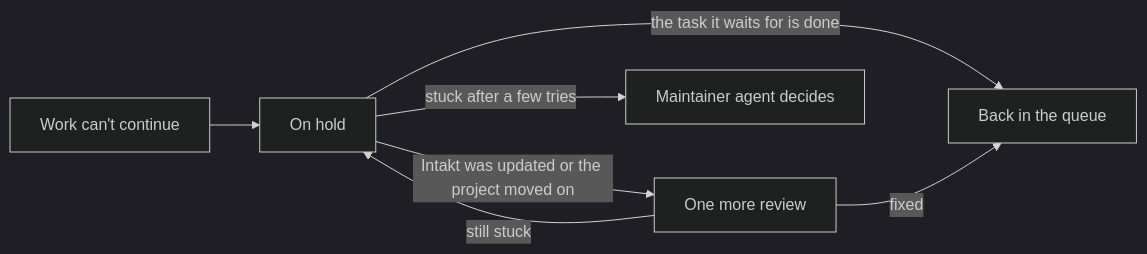
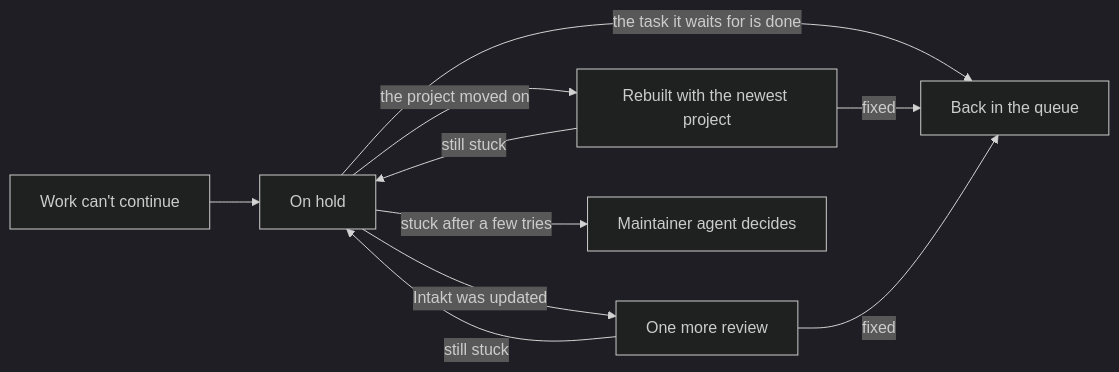
One commit to shinyredapples/intakt changed the fifth of 6 diagrams in docs/guide/how-intakt-works.md. Above: the diagram before and after it, drawn with Mermaid (dark theme). The commit also changed other lines of this file and 6 other files, not shown here.

````diff
--- a/docs/guide/how-intakt-works.md
+++ b/docs/guide/how-intakt-works.md
@@ -112,9 +112,12 @@
 ```mermaid
 flowchart LR
   w[Work can't continue] --> h[On hold]
   h -- "the task it waits for is done" --> go[Back in the queue]
-  h -- "Intakt was updated or the project moved on" --> retry[One more review]
+  h -- "the project moved on" --> rebuild[Rebuilt with the newest project]
+  h -- "Intakt was updated" --> retry[One more review]
+  rebuild -- fixed --> go
   retry -- fixed --> go
+  rebuild -- still stuck --> h
   retry -- still stuck --> h
   h -- "stuck after a few tries" --> m[Maintainer agent decides]
 ```
````
